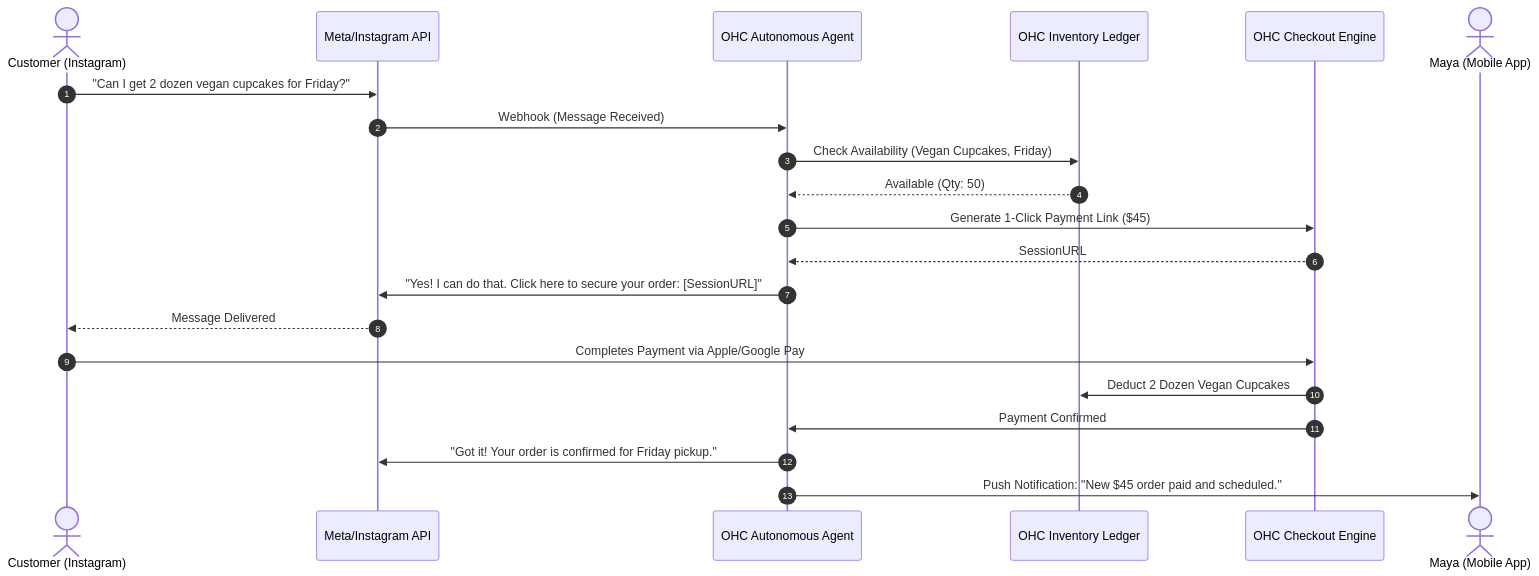
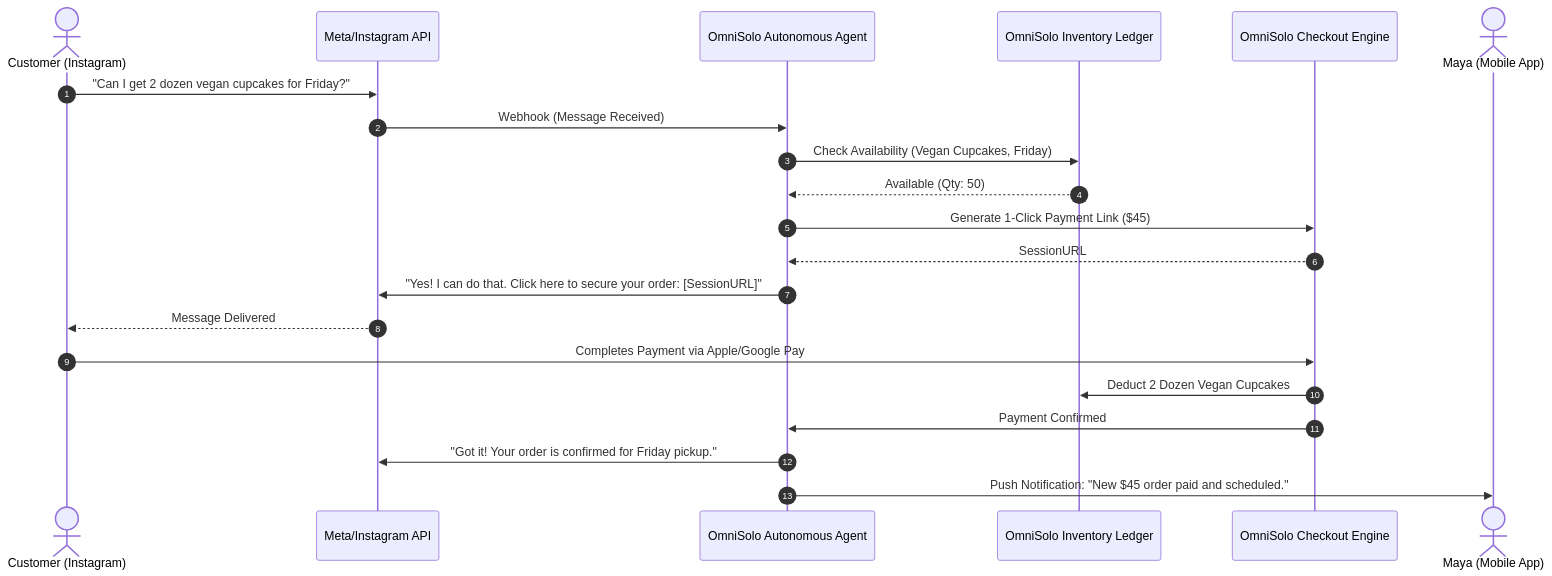
The diagram in docs/research/[feature]_ai_social_commerce_agent.md (omnisolo-llc/onehumancorp), drawn with Mermaid before and after one commit. The commit also changed other lines of this file and 2191 other files, not shown here.

Commit message:
feat: complete OmniSolo rename and browser audit

````diff
--- a/docs/research/[feature]_ai_social_commerce_agent.md
+++ b/docs/research/[feature]_ai_social_commerce_agent.md
@@ -102,24 +102,24 @@
 ```mermaid
 sequenceDiagram
     autonumber
     actor Customer as Customer (Instagram)
     participant IG as Meta/Instagram API
-    participant Agent as OHC Autonomous Agent
-    participant Inventory as OHC Inventory Ledger
-    participant Checkout as OHC Checkout Engine
+    participant Agent as OmniSolo Autonomous Agent
+    participant Inventory as OmniSolo Inventory Ledger
+    participant Checkout as OmniSolo Checkout Engine
     actor Maya as Maya (Mobile App)
 
     Customer->>IG: "Can I get 2 dozen vegan cupcakes for Friday?"
     IG->>Agent: Webhook (Message Received)
     Agent->>Inventory: Check Availability (Vegan Cupcakes, Friday)
     Inventory-->>Agent: Available (Qty: 50)
     Agent->>Checkout: Generate 1-Click Payment Link ($45)
     Checkout-->>Agent: SessionURL
     Agent->>IG: "Yes! I can do that. Click here to secure your order: [SessionURL]"
     IG-->>Customer: Message Delivered
     Customer->>Checkout: Completes Payment via Apple/Google Pay
     Checkout->>Inventory: Deduct 2 Dozen Vegan Cupcakes
     Checkout->>Agent: Payment Confirmed
     Agent->>IG: "Got it! Your order is confirmed for Friday pickup."
     Agent->>Maya: Push Notification: "New $45 order paid and scheduled."
 ```
````
